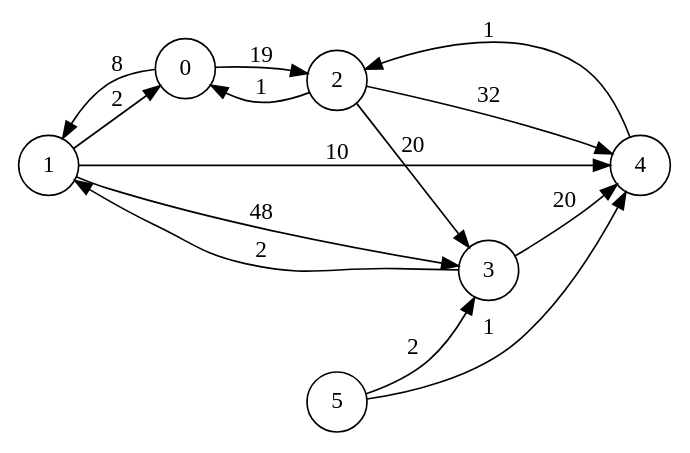
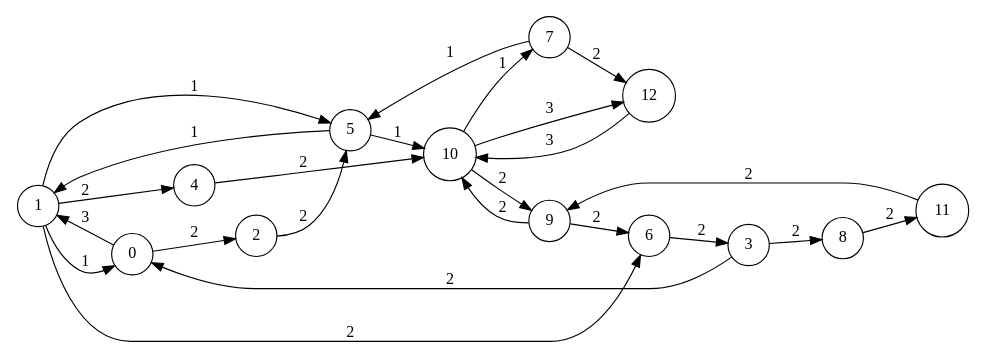
One commit to scanim-valentin/functional-programming-project changed the diagram in iterations/iter1.dot. Above: the diagram before and after it, drawn with Graphviz. The commit also changed 7 other files, not shown here.

```diff
--- a/iterations/iter1.dot
+++ b/iterations/iter1.dot
@@ -1,18 +1,28 @@
 digraph my_graph {
     rankdir=LR;
     size="8,5"
     node [shape = circle];
-    1 -> 0 [label="2"];
-    1 -> 3 [label="48"];
-    1 -> 4 [label="10"];
-    0 -> 1 [label="8"];
-    0 -> 2 [label="19"];
-    3 -> 1 [label="2"];
-    3 -> 4 [label="20"];
-    5 -> 3 [label="2"];
-    5 -> 4 [label="1"];
-    4 -> 2 [label="1"];
-    2 -> 3 [label="20"];
-    2 -> 4 [label="32"];
-    2 -> 0 [label="1"];
+    1 -> 0 [label="1"];
+    1 -> 5 [label="1"];
+    1 -> 6 [label="2"];
+    1 -> 4 [label="2"];
+    0 -> 1 [label="3"];
+    0 -> 2 [label="2"];
+    5 -> 1 [label="1"];
+    5 -> 10 [label="1"];
+    7 -> 5 [label="1"];
+    7 -> 12 [label="2"];
+    10 -> 7 [label="1"];
+    10 -> 12 [label="3"];
+    10 -> 9 [label="2"];
+    12 -> 10 [label="3"];
+    11 -> 9 [label="2"];
+    8 -> 11 [label="2"];
+    2 -> 5 [label="2"];
+    4 -> 10 [label="2"];
+    9 -> 10 [label="2"];
+    9 -> 6 [label="2"];
+    6 -> 3 [label="2"];
+    3 -> 8 [label="2"];
+    3 -> 0 [label="2"];
 }
```
